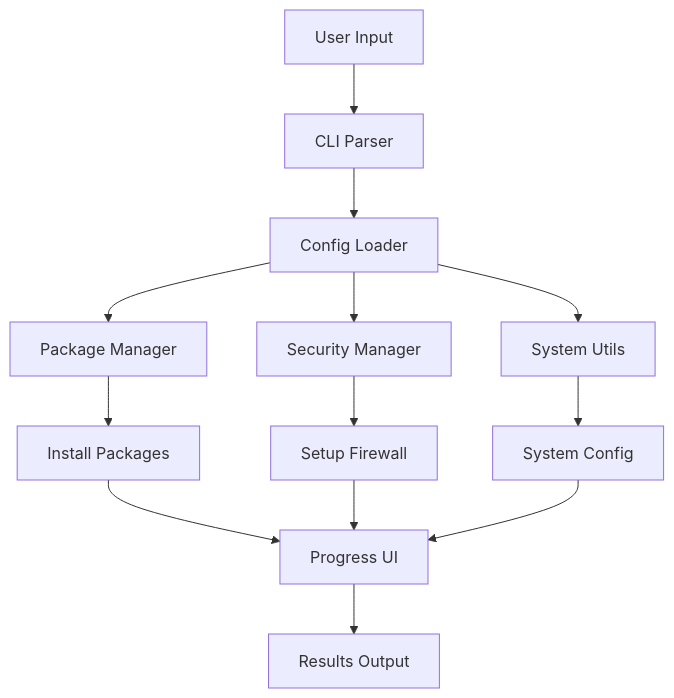
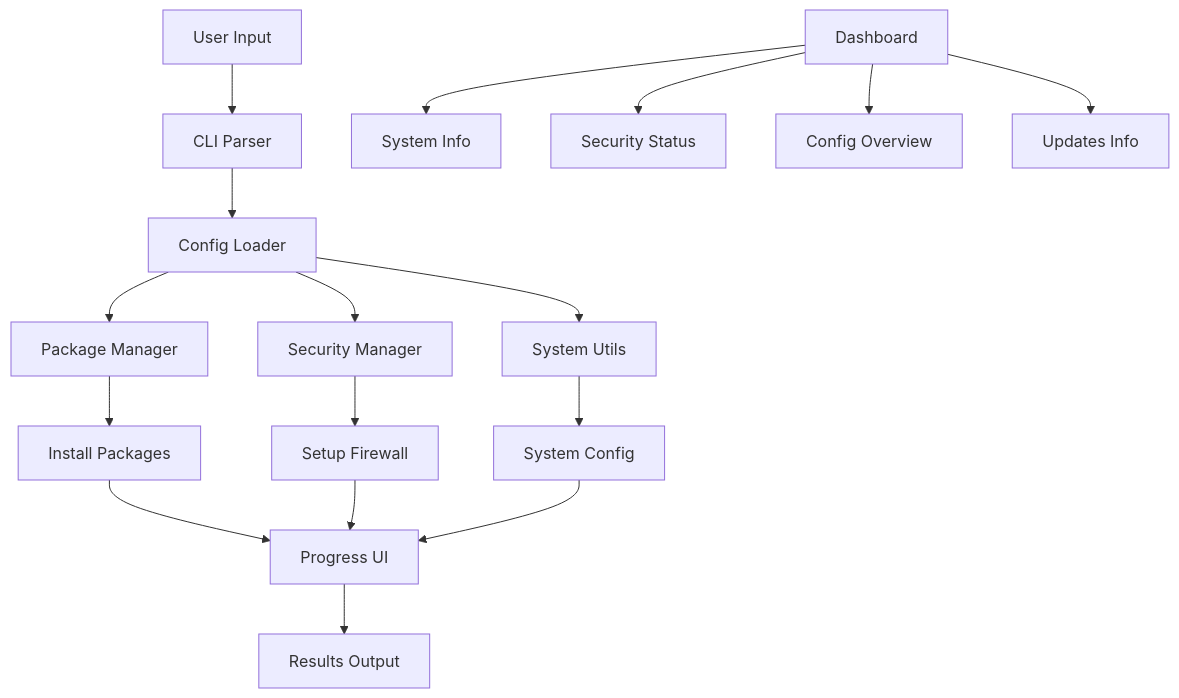
Before and after one commit to 13winged/go-to-run: the diagram in README.md, drawn with Mermaid. The commit also changed other lines of this file and 1 other file, not shown here.

````diff
--- a/README.md
+++ b/README.md
@@ -236,18 +271,23 @@
 ```mermaid
 graph TB
     A[User Input] --> B[CLI Parser]
     B --> C[Config Loader]
     C --> D[Package Manager]
     C --> E[Security Manager]
     C --> F[System Utils]
     
     D --> G[Install Packages]
     E --> H[Setup Firewall]
     F --> I[System Config]
     
     G --> J[Progress UI]
     H --> J
     I --> J
     
     J --> K[Results Output]
+    
+    L[Dashboard] --> M[System Info]
+    L --> N[Security Status]
+    L --> O[Config Overview]
+    L --> P[Updates Info]
 ```
````
